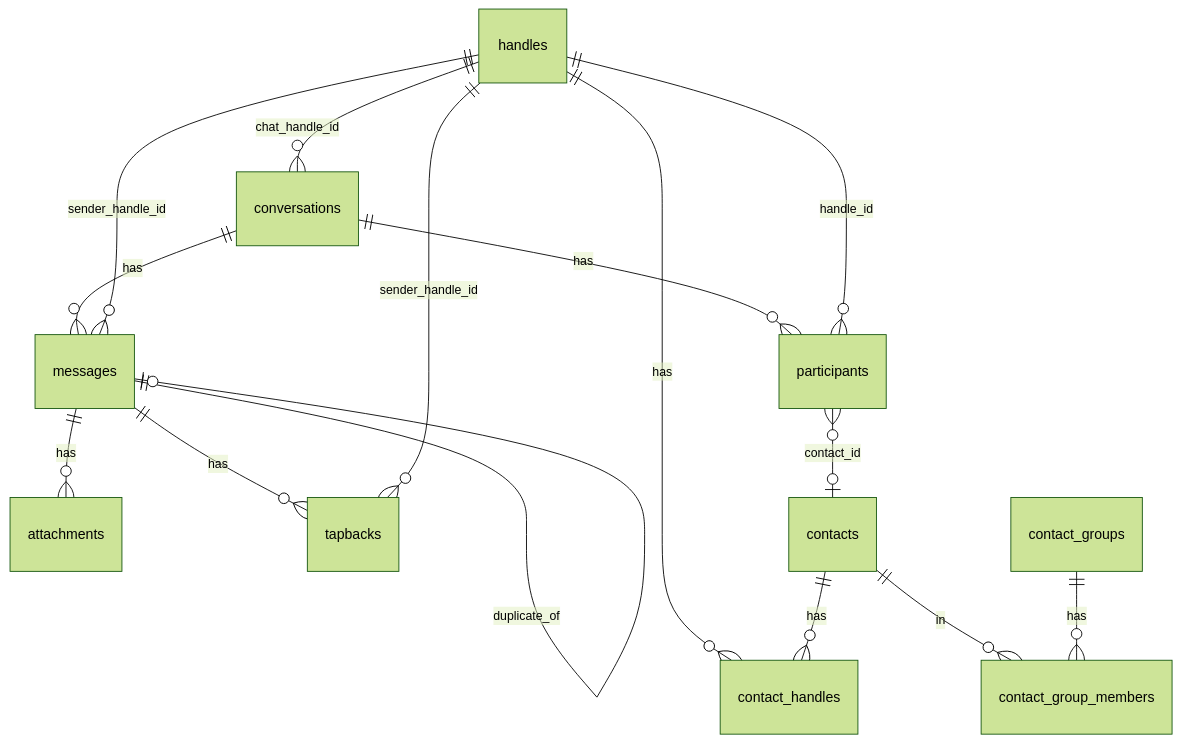
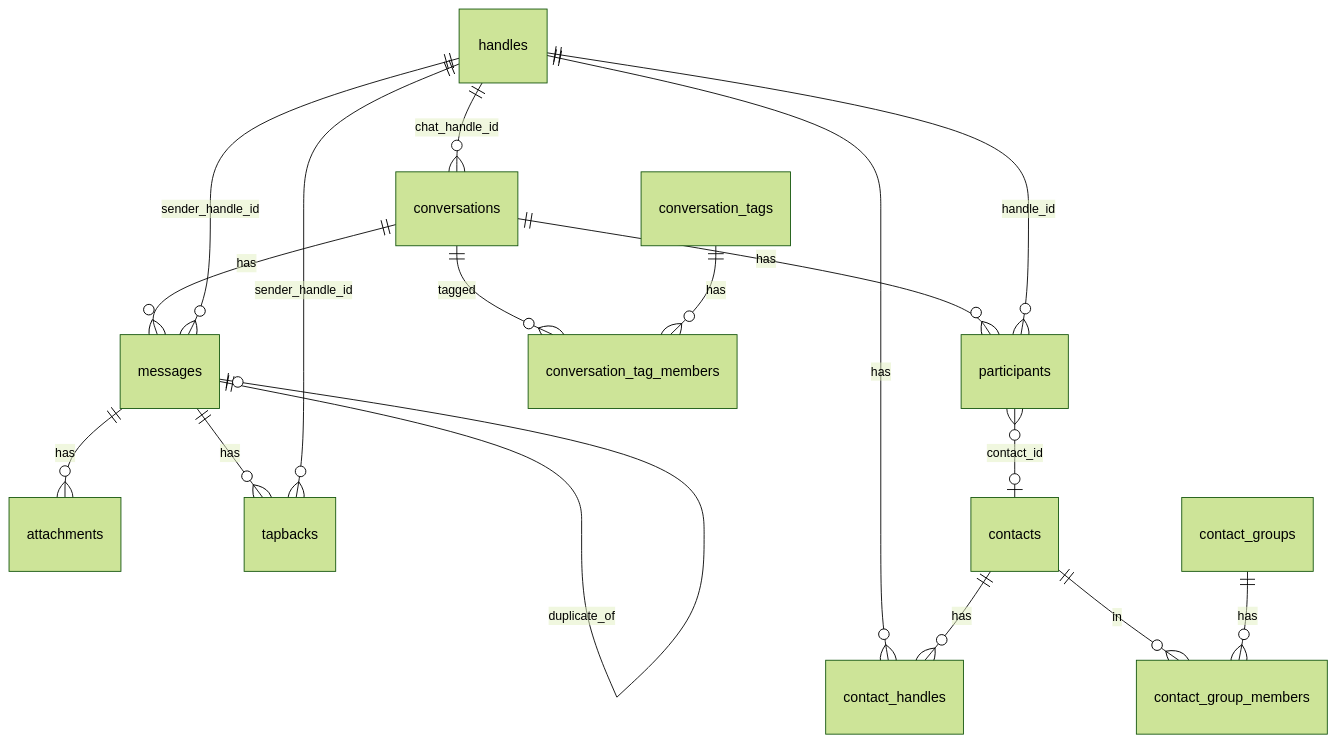
The first of 2 diagrams in docs/src/content/docs/reference/database.md (bitrealm-dev/message-vault), drawn with Mermaid (forest theme) before and after one commit. The commit also changed other lines of this file and 29 other files, not shown here.

````diff
--- a/docs/src/content/docs/reference/database.md
+++ b/docs/src/content/docs/reference/database.md
@@ -19,17 +19,19 @@
 ```mermaid
 erDiagram
     conversations ||--o{ participants : "has"
     conversations ||--o{ messages : "has"
     messages ||--o{ attachments : "has"
     messages ||--o{ tapbacks : "has"
     messages ||--o| messages : "duplicate_of"
     handles ||--o{ conversations : "chat_handle_id"
     handles ||--o{ participants : "handle_id"
     handles ||--o{ messages : "sender_handle_id"
     handles ||--o{ tapbacks : "sender_handle_id"
     handles ||--o{ contact_handles : "has"
     contacts ||--o{ contact_handles : "has"
     contacts ||--o{ contact_group_members : "in"
     contact_groups ||--o{ contact_group_members : "has"
+    conversations ||--o{ conversation_tag_members : "tagged"
+    conversation_tags ||--o{ conversation_tag_members : "has"
     participants }o--o| contacts : "contact_id"
 ```
````
